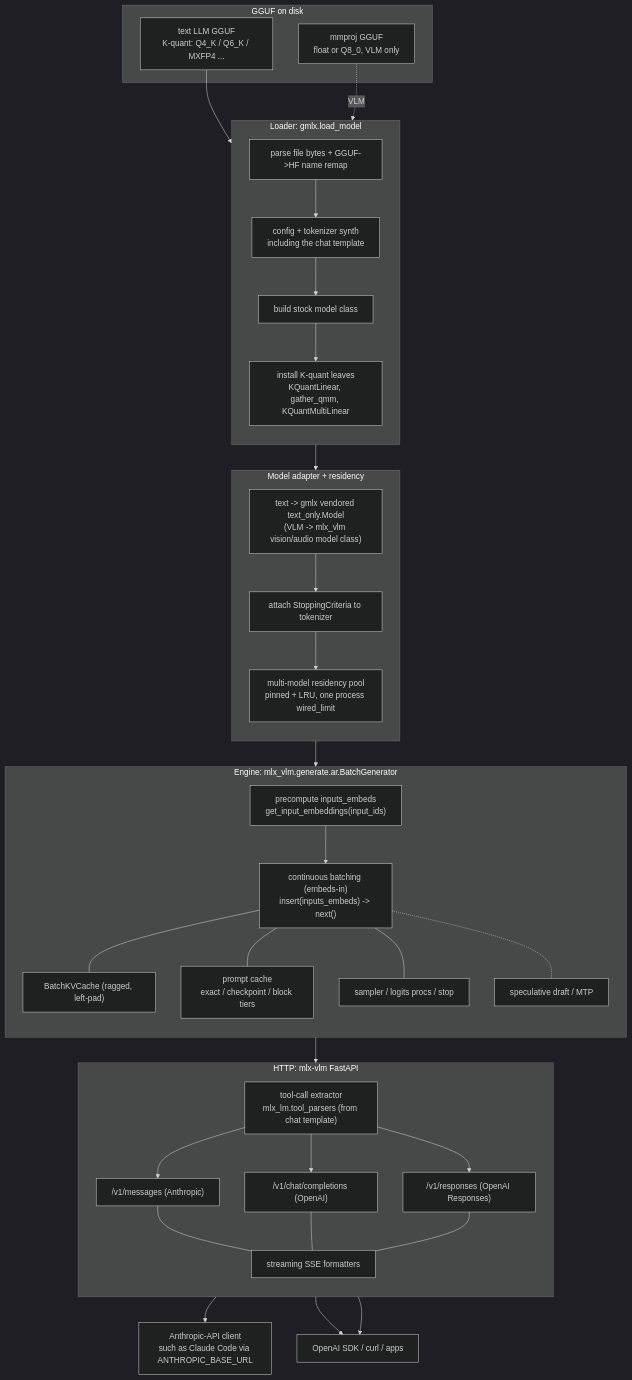
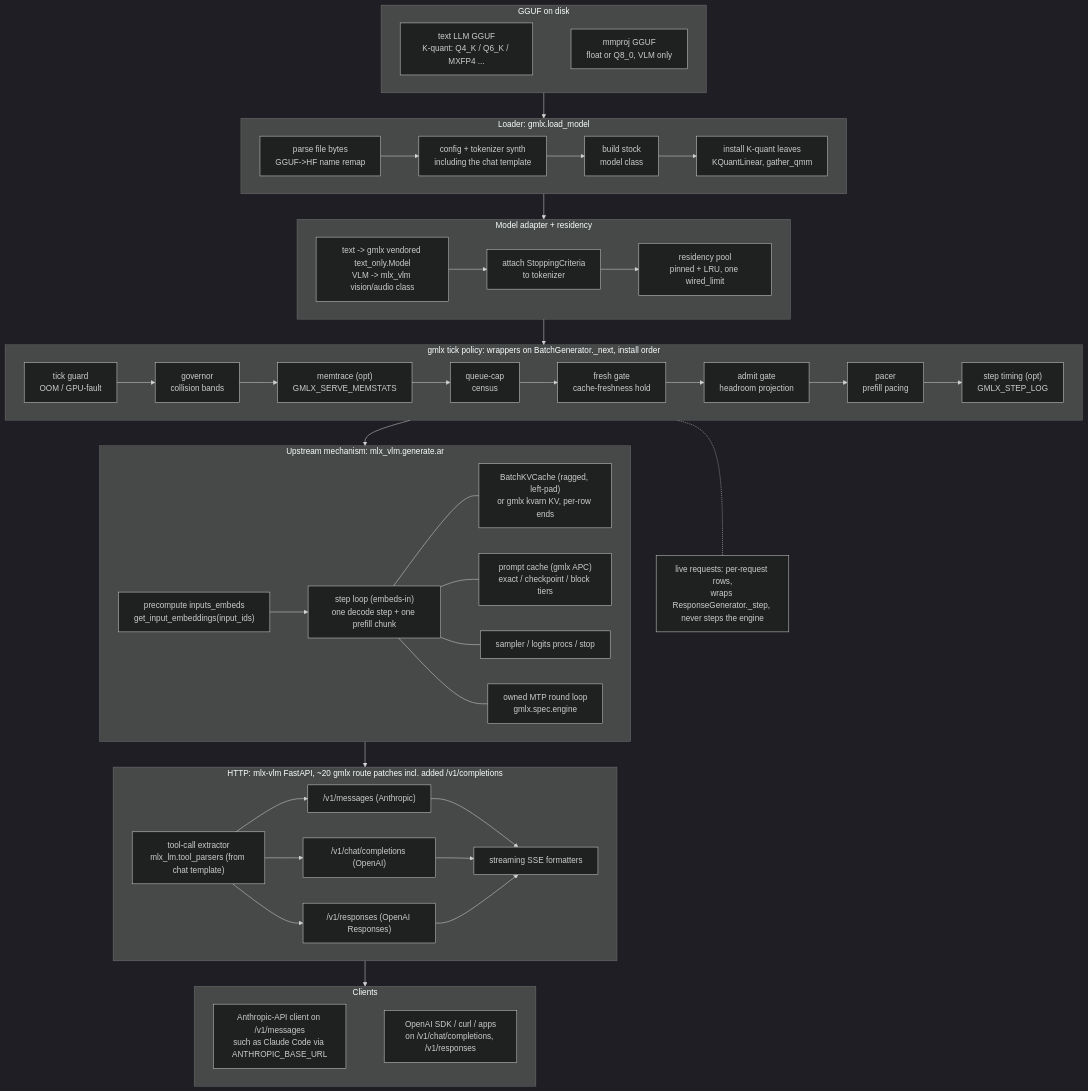
The first of 2 diagrams in docs/internals/serving-architecture.md (asher/gmlx), drawn with Mermaid (dark theme) before and after one commit. The commit also changed other lines of this file and 4 other files, not shown here.

Commit message:
docs: serving-architecture rewrite, gmlx scheduling policy (#132)

````diff
--- a/docs/internals/serving-architecture.md
+++ b/docs/internals/serving-architecture.md
@@ -18,63 +22,77 @@
 ```mermaid
 flowchart TD
     subgraph DISK["GGUF on disk"]
+        direction LR
         LLM["text LLM GGUF<br/>K-quant: Q4_K / Q6_K / MXFP4 ..."]
         MM["mmproj GGUF<br/>float or Q8_0, VLM only"]
+        LLM ~~~ MM
     end
 
     subgraph LOAD["Loader: gmlx.load_model"]
-        direction TB
-        PARSE["parse file bytes + GGUF->HF name remap"]
+        direction LR
+        PARSE["parse file bytes<br/>GGUF->HF name remap"]
         SYNTH["config + tokenizer synth<br/>including the chat template"]
-        BUILD["build stock model class"]
-        KQ["install K-quant leaves<br/>KQuantLinear, gather_qmm, KQuantMultiLinear"]
+        BUILD["build stock<br/>model class"]
+        KQ["install K-quant leaves<br/>KQuantLinear, gather_qmm"]
         PARSE --> SYNTH --> BUILD --> KQ
     end
-    LLM --> PARSE
-    MM -. VLM .-> PARSE
 
     subgraph ADAPT["Model adapter + residency"]
-        direction TB
-        WRAP["text -> gmlx vendored text_only.Model<br/>(VLM -> mlx_vlm vision/audio model class)"]
-        STOP["attach StoppingCriteria to tokenizer"]
-        REG["multi-model residency pool<br/>pinned + LRU, one process wired_limit"]
+        direction LR
+        WRAP["text -> gmlx vendored text_only.Model<br/>VLM -> mlx_vlm vision/audio class"]
+        STOP["attach StoppingCriteria<br/>to tokenizer"]
+        REG["residency pool<br/>pinned + LRU, one wired_limit"]
         WRAP --> STOP --> REG
     end
-    KQ --> WRAP
 
-    subgraph ENGINE["Engine: mlx_vlm.generate.ar.BatchGenerator"]
-        direction TB
+    subgraph TICK["gmlx tick policy: wrappers on BatchGenerator._next, install order"]
+        direction LR
+        TG["tick guard<br/>OOM / GPU-fault"]
+        GOV["governor<br/>collision bands"]
+        MT["memtrace (opt)<br/>GMLX_SERVE_MEMSTATS"]
+        QCC["queue-cap<br/>census"]
+        FG["fresh gate<br/>cache-freshness hold"]
+        AG["admit gate<br/>headroom projection"]
+        PACE["pacer<br/>prefill pacing"]
+        ST["step timing (opt)<br/>GMLX_STEP_LOG"]
+        TG --> GOV --> MT --> QCC --> FG --> AG --> PACE --> ST
+    end
+
+    subgraph ENGINE["Upstream mechanism: mlx_vlm.generate.ar"]
+        direction LR
         EMB["precompute inputs_embeds<br/>get_input_embeddings(input_ids)"]
-        BG["continuous batching (embeds-in)<br/>insert(inputs_embeds) -> next()"]
-        KVC["BatchKVCache (ragged, left-pad)"]
-        APC["prompt cache<br/>exact / checkpoint / block tiers"]
+        BG["step loop (embeds-in)<br/>one decode step + one prefill chunk"]
+        KVC["BatchKVCache (ragged, left-pad)<br/>or gmlx kvarn KV, per-row ends"]
+        APC["prompt cache (gmlx APC)<br/>exact / checkpoint / block tiers"]
         SAMP["sampler / logits procs / stop"]
-        MTP["speculative draft / MTP"]
+        MTP["owned MTP round loop<br/>gmlx.spec.engine"]
         EMB --> BG
         BG --- KVC
         BG --- APC
         BG --- SAMP
-        BG -.- MTP
+        BG --- MTP
     end
-    REG --> EMB
 
-    subgraph PROTO["HTTP: mlx-vlm FastAPI"]
-        direction TB
+    subgraph PROTO["HTTP: mlx-vlm FastAPI, ~20 gmlx route patches incl. added /v1/completions"]
+        direction LR
         TOOLS["tool-call extractor<br/>mlx_lm.tool_parsers (from chat template)"]
         ANTH["/v1/messages (Anthropic)"]
         OAI["/v1/chat/completions (OpenAI)"]
         RESP["/v1/responses (OpenAI Responses)"]
         SSE["streaming SSE formatters"]
         TOOLS --> ANTH & OAI & RESP
-        ANTH --- SSE
-        OAI --- SSE
-        RESP --- SSE
+        ANTH & OAI & RESP --> SSE
     end
-    BG --> TOOLS
 
-    CC["Anthropic-API client<br/>such as Claude Code via ANTHROPIC_BASE_URL"]
-    SDK["OpenAI SDK / curl / apps"]
-    ANTH --> CC
-    OAI --> SDK
-    RESP --> SDK
+    subgraph CLIENTS["Clients"]
+        direction LR
+        CC["Anthropic-API client on /v1/messages<br/>such as Claude Code via ANTHROPIC_BASE_URL"]
+        SDK["OpenAI SDK / curl / apps<br/>on /v1/chat/completions, /v1/responses"]
+        CC ~~~ SDK
+    end
+
+    LR["live requests: per-request rows,<br/>wraps ResponseGenerator._step, never steps the engine"]
+
+    DISK --> LOAD --> ADAPT --> TICK --> ENGINE --> PROTO --> CLIENTS
+    TICK -.- LR
 ```
````
